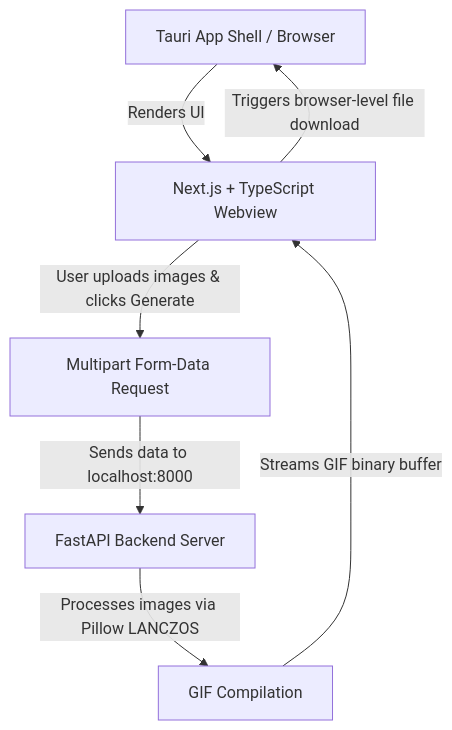
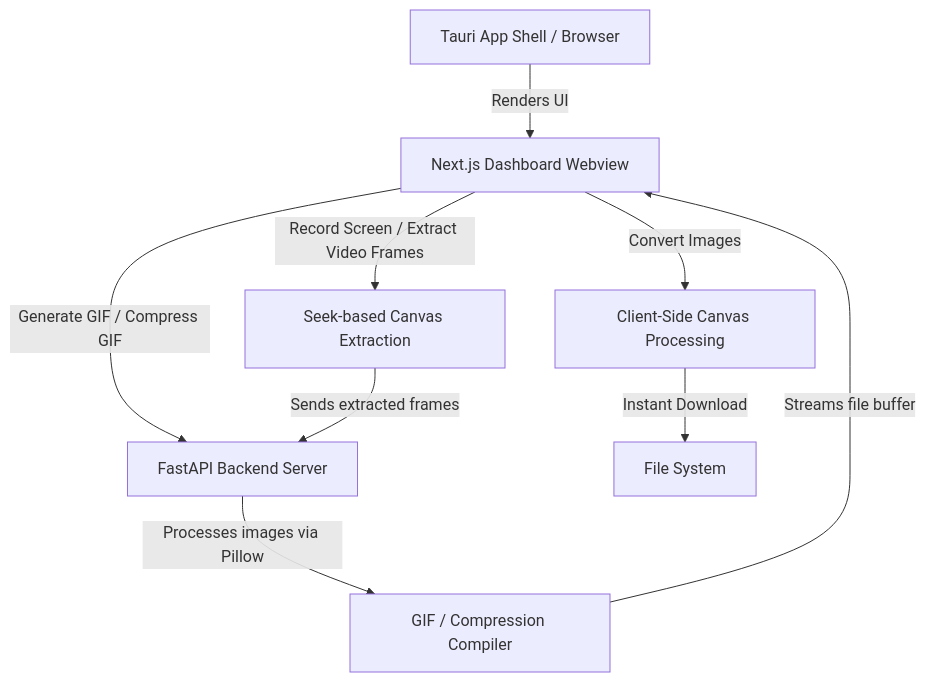
One commit to JordanCJ7/GIF-Generator changed the diagram in TECHNICAL_README.md. Above: the diagram before and after it, drawn with Mermaid. The commit also changed other lines of this file, not shown here.

Commit message:
docs: Update architecture docs for client-side processing
Updated TECHNICAL_README.md to reflect architectural improvements including HTML5 Canvas and Media APIs for client-side image conversion, screen recording, and video frame extraction. Updated diagram to show client-side processing flows alongside backend GIF compilation. Added documentation for new tools directory structure (VideoToGif, GifCompressor, ImageConverter, ScreenRecorder components).

````diff
--- a/TECHNICAL_README.md
+++ b/TECHNICAL_README.md
@@ -11,9 +11,11 @@
 ```mermaid
 graph TD
-    A[Tauri App Shell / Browser] -->|Renders UI| B[Next.js + TypeScript Webview]
-    B -->|User uploads images & clicks Generate| C[Multipart Form-Data Request]
-    C -->|Sends data to localhost:8000| D[FastAPI Backend Server]
-    D -->|Processes images via Pillow LANCZOS| E[GIF Compilation]
-    E -->|Streams GIF binary buffer| B
-    B -->|Triggers browser-level file download| A
+    A[Tauri App Shell / Browser] -->|Renders UI| B[Next.js Dashboard Webview]
+    B -->|Convert Images| C1[Client-Side Canvas Processing]
+    B -->|Record Screen / Extract Video Frames| C2[Seek-based Canvas Extraction]
+    B -->|Generate GIF / Compress GIF| C3[FastAPI Backend Server]
+    C3 -->|Processes images via Pillow| D[GIF / Compression Compiler]
+    C1 -->|Instant Download| E[File System]
+    C2 -->|Sends extracted frames| C3
+    D -->|Streams file buffer| B
 ```
````
